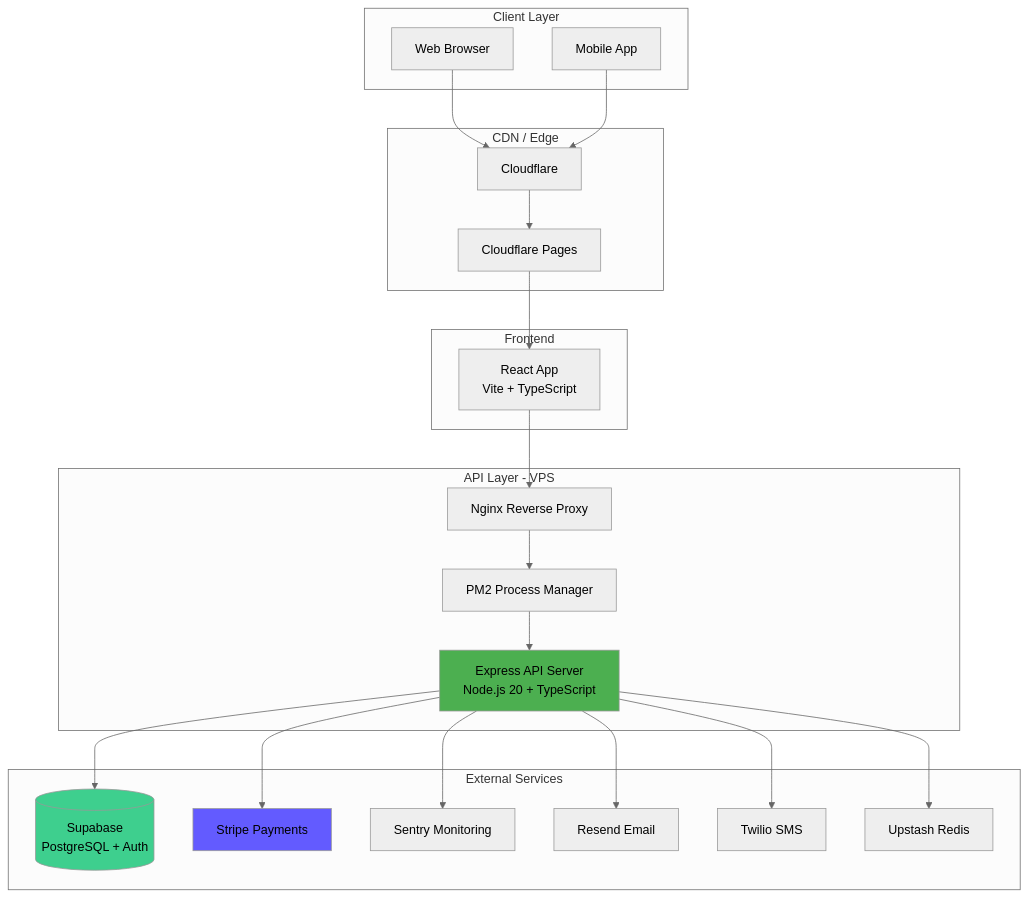
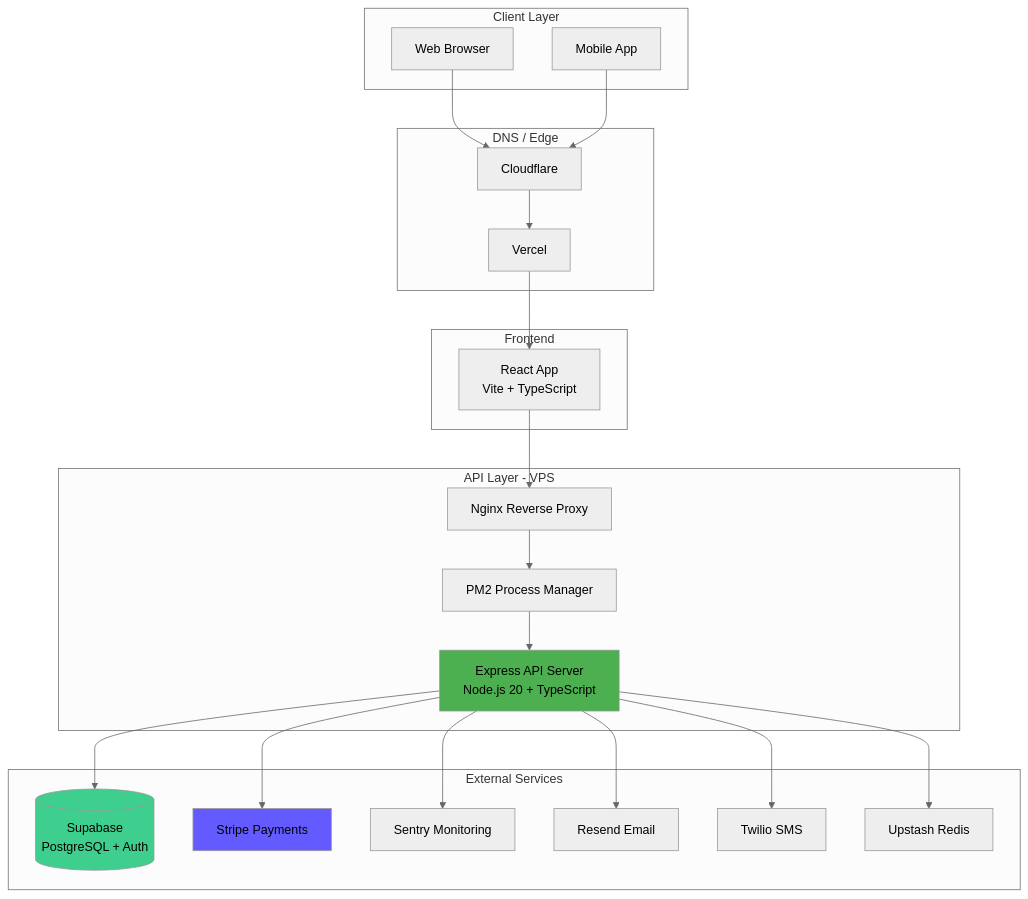
The first of 20 diagrams in docs/ARCHITECTURE.md (pdtribe181-prog/modullar-advancia), drawn with Mermaid (neutral theme) before and after one commit. The commit also changed other lines of this file and 29 other files, not shown here.

````diff
--- a/docs/ARCHITECTURE.md
+++ b/docs/ARCHITECTURE.md
@@ -18,50 +18,50 @@
 ```mermaid
 graph TB
     subgraph "Client Layer"
         WEB[Web Browser]
         MOBILE[Mobile App]
     end
 
-    subgraph "CDN / Edge"
+    subgraph "DNS / Edge"
         CF[Cloudflare]
-        CFPAGES[Cloudflare Pages]
+        VERCEL[Vercel]
     end
 
     subgraph "Frontend"
         REACT[React App<br/>Vite + TypeScript]
     end
 
     subgraph "API Layer - VPS"
         NGINX[Nginx Reverse Proxy]
         PM2[PM2 Process Manager]
         API[Express API Server<br/>Node.js 20 + TypeScript]
     end
 
     subgraph "External Services"
         SUPABASE[(Supabase<br/>PostgreSQL + Auth)]
         STRIPE[Stripe Payments]
         SENTRY[Sentry Monitoring]
         RESEND[Resend Email]
         TWILIO[Twilio SMS]
         UPSTASH[Upstash Redis]
     end
 
     WEB --> CF
     MOBILE --> CF
-    CF --> CFPAGES
-    CFPAGES --> REACT
+    CF --> VERCEL
+    VERCEL --> REACT
     REACT --> NGINX
     NGINX --> PM2
     PM2 --> API
 
     API --> SUPABASE
     API --> STRIPE
     API --> SENTRY
     API --> RESEND
     API --> TWILIO
     API --> UPSTASH
 
     style API fill:#4CAF50
     style SUPABASE fill:#3ECF8E
     style STRIPE fill:#635BFF
 ```
````
